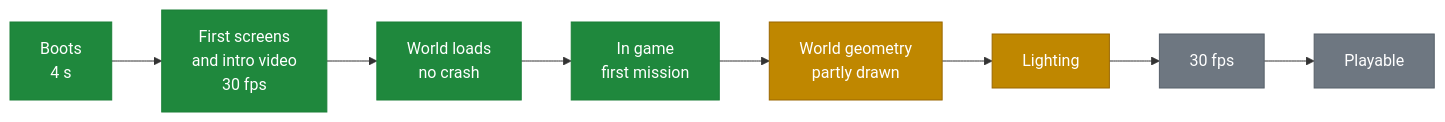
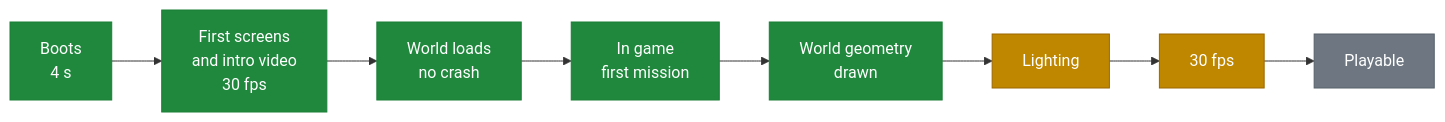
One commit to Th3C0D3R/palmwave changed the diagram in README.md. Above: the diagram before and after it, drawn with Mermaid. The commit also changed other lines of this file, not shown here.

First line of the commit message:
README: the world is drawn; frame time, stability and the 6 s stop

````diff
--- a/README.md
+++ b/README.md
@@ -30,10 +31,10 @@
 ```mermaid
 flowchart LR
-  boot["Boots<br/>4 s"] --> menus["First screens<br/>and intro video<br/>30 fps"] --> load["World loads<br/>no crash"] --> ingame["In game<br/>first mission"] --> geo["World geometry<br/>partly drawn"] --> light["Lighting"] --> speed["30 fps"] --> play["Playable"]
+  boot["Boots<br/>4 s"] --> menus["First screens<br/>and intro video<br/>30 fps"] --> load["World loads<br/>no crash"] --> ingame["In game<br/>first mission"] --> geo["World geometry<br/>drawn"] --> light["Lighting"] --> speed["30 fps"] --> play["Playable"]
   classDef done fill:#1f883d,stroke:#1a7f37,color:#ffffff
   classDef wip fill:#bf8700,stroke:#9a6700,color:#ffffff
   classDef todo fill:#6e7781,stroke:#57606a,color:#ffffff
-  class boot,menus,load,ingame done
-  class geo,light wip
-  class speed,play todo
+  class boot,menus,load,ingame,geo done
+  class light,speed wip
+  class play todo
 ```
````
